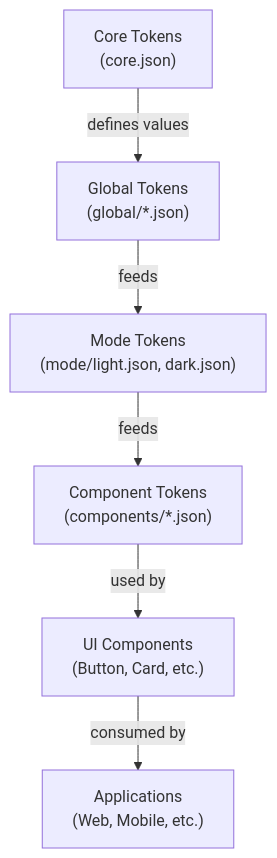
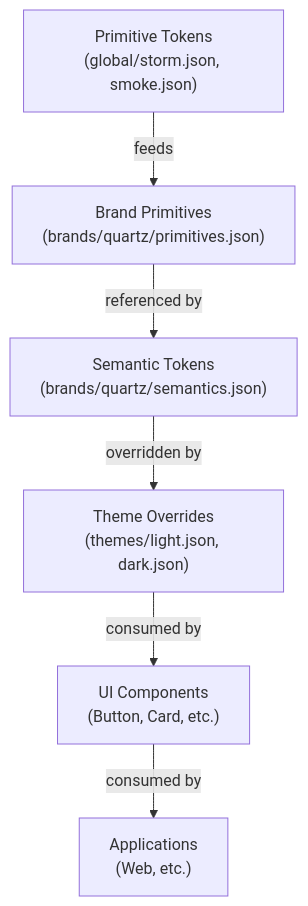
Before and after one commit to thatguycodes/nx-enterprise: the first of 4 diagrams in docs/ARCHITECTURE.md, drawn with Mermaid. The commit also changed other lines of this file and 40 other files, not shown here.

````diff
--- a/docs/ARCHITECTURE.md
+++ b/docs/ARCHITECTURE.md
@@ -57,8 +57,8 @@
 ```mermaid
 graph TD
-    A["Core Tokens<br/>(core.json)"] -->|defines values| B["Global Tokens<br/>(global/*.json)"]
-    B -->|feeds| C["Mode Tokens<br/>(mode/light.json, dark.json)"]
-    C -->|feeds| E["Component Tokens<br/>(components/*.json)"]
-    E -->|used by| F["UI Components<br/>(Button, Card, etc.)"]
-    F -->|consumed by| D["Applications<br/>(Web, Mobile, etc.)"]
+    A["Primitive Tokens<br/>(global/storm.json, smoke.json)"] -->|feeds| B["Brand Primitives<br/>(brands/quartz/primitives.json)"]
+    B -->|referenced by| C["Semantic Tokens<br/>(brands/quartz/semantics.json)"]
+    C -->|overridden by| D["Theme Overrides<br/>(themes/light.json, dark.json)"]
+    D -->|consumed by| E["UI Components<br/>(Button, Card, etc.)"]
+    E -->|consumed by| F["Applications<br/>(Web, etc.)"]
 ```
````
